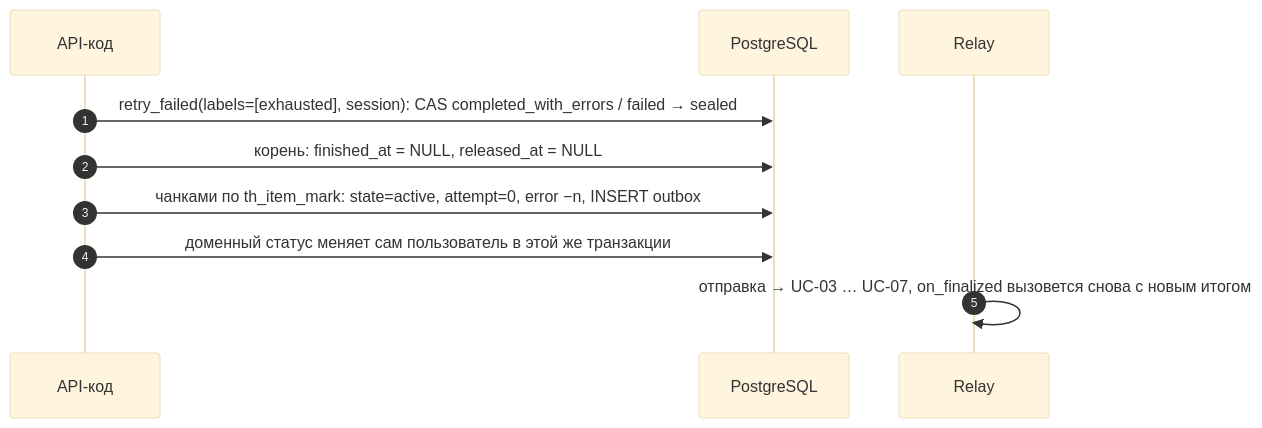
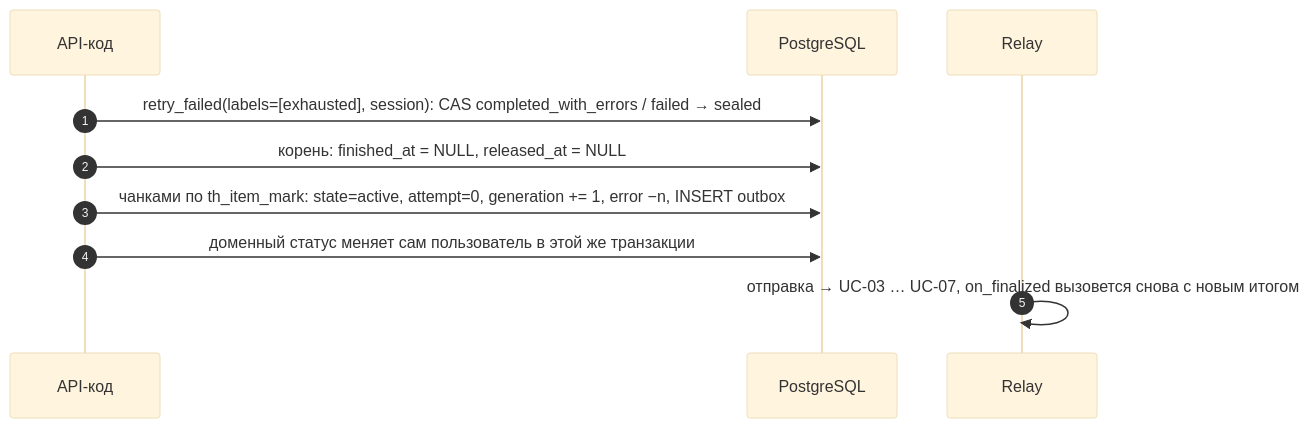
Diagram 29 of 40 in docs/ARCHITECTURE.md (0cherednoq/Tallyho), drawn with Mermaid (base theme) before and after one commit. The commit also changed other lines of this file, not shown here.

First line of the commit message:
Fix-6: описать сверку с DLQ и поколение отправки Item

````diff
--- a/docs/ARCHITECTURE.md
+++ b/docs/ARCHITECTURE.md
@@ -1274,13 +1335,13 @@
 ```mermaid
 sequenceDiagram
     autonumber
     participant O as API-код
     participant DB as PostgreSQL
     participant R as Relay
 
     O->>DB: retry_failed(labels=[exhausted], session): CAS completed_with_errors / failed → sealed
     O->>DB: корень: finished_at = NULL, released_at = NULL
-    O->>DB: чанками по th_item_mark: state=active, attempt=0, error −n, INSERT outbox
+    O->>DB: чанками по th_item_mark: state=active, attempt=0, generation += 1, error −n, INSERT outbox
     O->>DB: доменный статус меняет сам пользователь в этой же транзакции
     R->>R: отправка → UC-03 … UC-07, on_finalized вызовется снова с новым итогом
 ```
````
